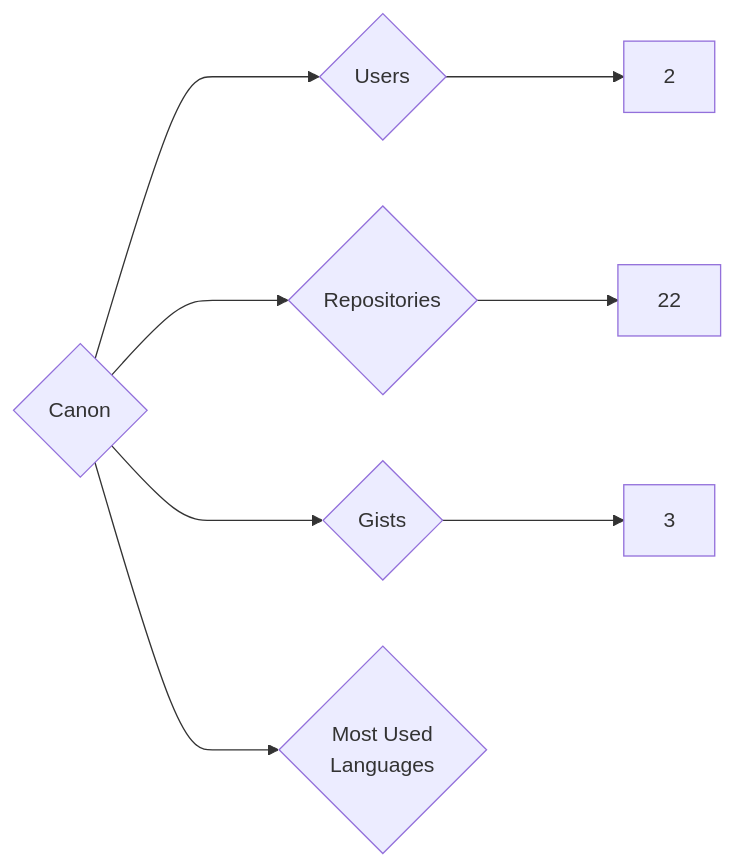
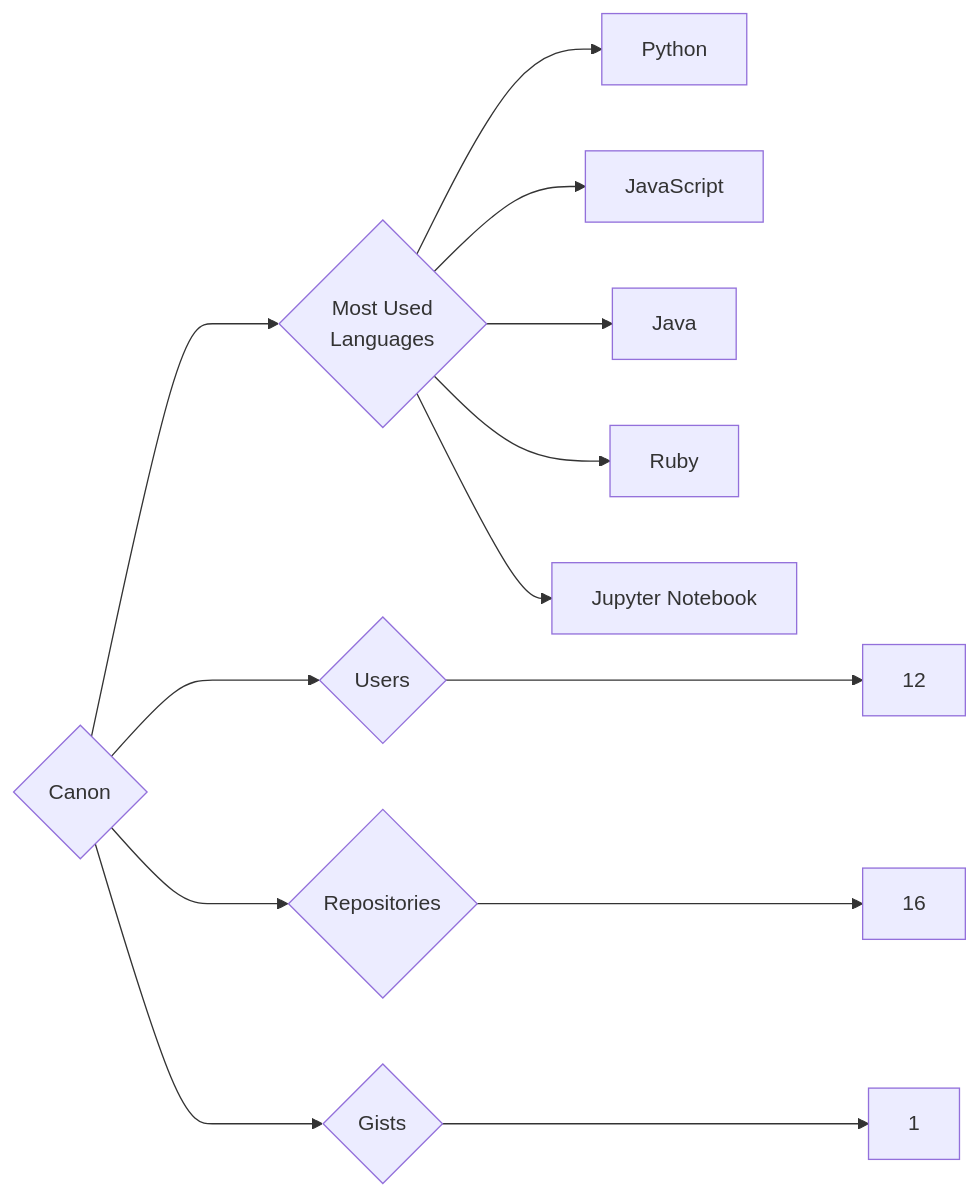
One commit to trickest/insiders changed the diagram in targets/Canon/README.md. Above: the diagram before and after it, drawn with Mermaid. The commit also changed 681 other files, not shown here.

````diff
--- a/targets/Canon/README.md
+++ b/targets/Canon/README.md
@@ -3,8 +3,13 @@
 ```mermaid
 graph LR
 COMPANY_NAME{Canon}
-COMPANY_NAME ---> U{Users} ---> UN[2]
-COMPANY_NAME ---> R{Repositories} ---> RN[22]
-COMPANY_NAME ---> G{Gists} ---> GN[3]
+COMPANY_NAME ---> U{Users} ---> UN[12]
+COMPANY_NAME ---> R{Repositories} ---> RN[16]
+COMPANY_NAME ---> G{Gists} ---> GN[1]
 COMPANY_NAME ---> ML{Most Used<br>Languages}
+ML --> Python[Python]
+ML --> JavaScript[JavaScript]
+ML --> Java[Java]
+ML --> Ruby[Ruby]
+ML --> Jupyter_Notebook[Jupyter Notebook]
 ```
````
